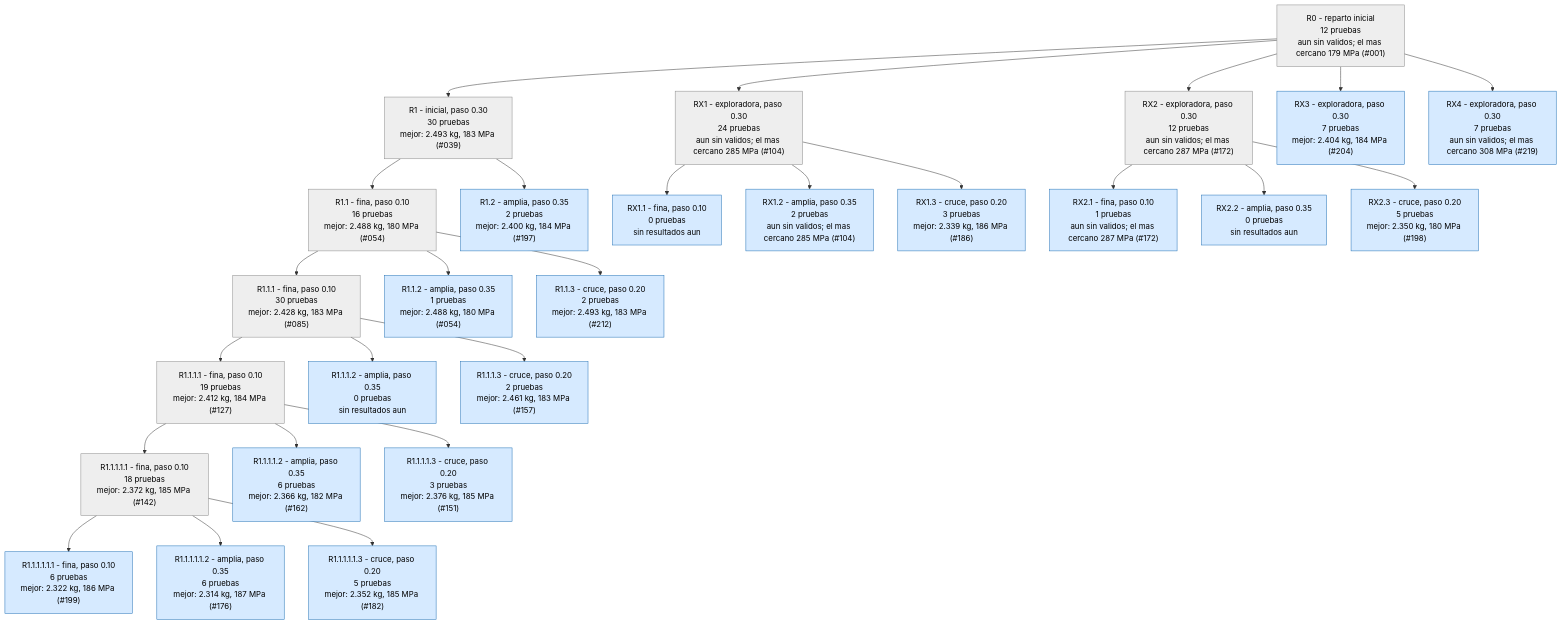
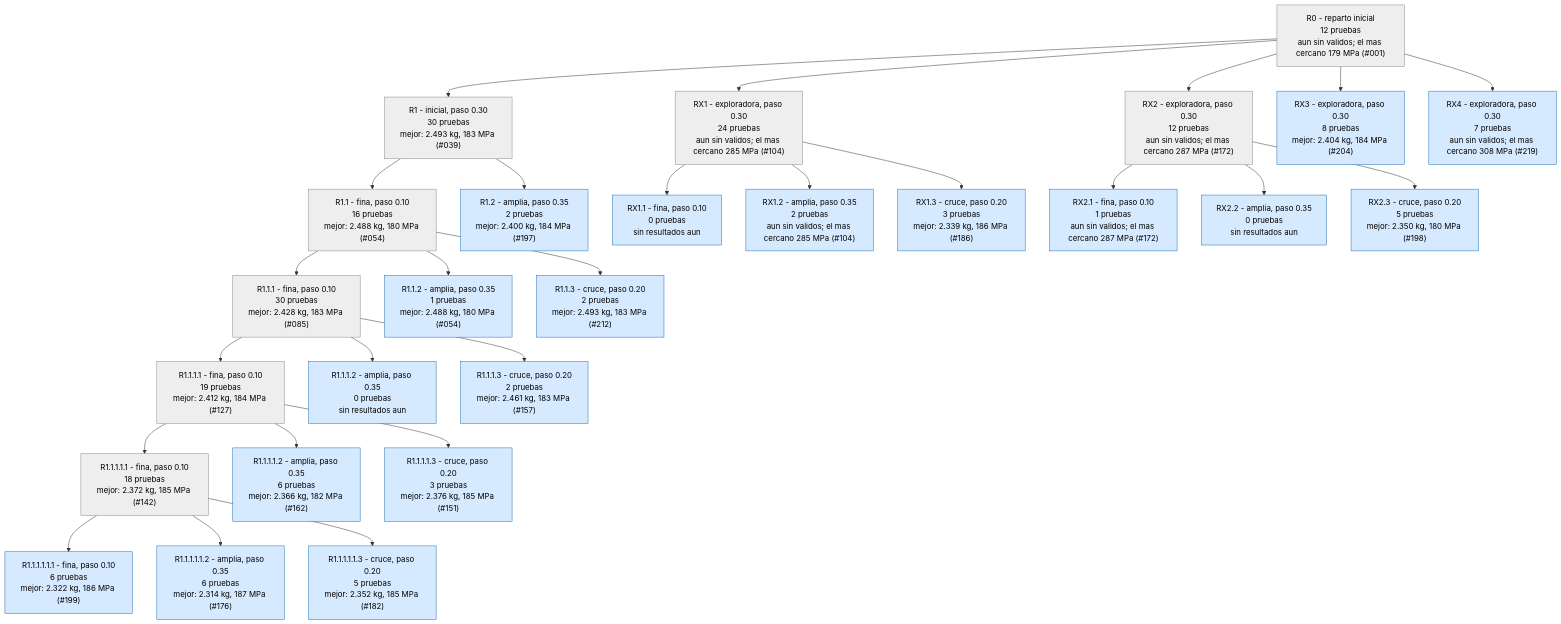
Before and after one commit to Hugiko/msd-soporte-optimizacion: the second of 4 diagrams in runs/opt_37800N/ARBOL.md, drawn with Mermaid. The commit also changed 20 other files, not shown here.

````diff
--- a/runs/opt_37800N/ARBOL.md
+++ b/runs/opt_37800N/ARBOL.md
@@ -53,57 +53,57 @@
 ```mermaid
 graph TD
 classDef activa fill:#d6eaff,stroke:#1f6fb5,color:#000
 classDef fin fill:#eeeeee,stroke:#888,color:#000
 classDef mejor fill:#c8f0c0,stroke:#1a9850,stroke-width:4px,color:#000
 R0["R0 - reparto inicial<br/>12 pruebas<br/>aun sin validos; el mas cercano 179 MPa (#001)"]:::fin
 R1["R1 - inicial, paso 0.30<br/>30 pruebas<br/>mejor: 2.493 kg, 183 MPa (#039)"]:::fin
 R0 --> R1
 R1_1["R1.1 - fina, paso 0.10<br/>16 pruebas<br/>mejor: 2.488 kg, 180 MPa (#054)"]:::fin
 R1 --> R1_1
 R1_2["R1.2 - amplia, paso 0.35<br/>2 pruebas<br/>mejor: 2.400 kg, 184 MPa (#197)"]:::activa
 R1 --> R1_2
 R1_1_1["R1.1.1 - fina, paso 0.10<br/>30 pruebas<br/>mejor: 2.428 kg, 183 MPa (#085)"]:::fin
 R1_1 --> R1_1_1
 R1_1_2["R1.1.2 - amplia, paso 0.35<br/>1 pruebas<br/>mejor: 2.488 kg, 180 MPa (#054)"]:::activa
 R1_1 --> R1_1_2
 R1_1_3["R1.1.3 - cruce, paso 0.20<br/>2 pruebas<br/>mejor: 2.493 kg, 183 MPa (#212)"]:::activa
 R1_1 --> R1_1_3
 R1_1_1_1["R1.1.1.1 - fina, paso 0.10<br/>19 pruebas<br/>mejor: 2.412 kg, 184 MPa (#127)"]:::fin
 R1_1_1 --> R1_1_1_1
 R1_1_1_2["R1.1.1.2 - amplia, paso 0.35<br/>0 pruebas<br/>sin resultados aun"]:::activa
 R1_1_1 --> R1_1_1_2
 R1_1_1_3["R1.1.1.3 - cruce, paso 0.20<br/>2 pruebas<br/>mejor: 2.461 kg, 183 MPa (#157)"]:::activa
 R1_1_1 --> R1_1_1_3
 RX1["RX1 - exploradora, paso 0.30<br/>24 pruebas<br/>aun sin validos; el mas cercano 285 MPa (#104)"]:::fin
 R0 --> RX1
 RX1_1["RX1.1 - fina, paso 0.10<br/>0 pruebas<br/>sin resultados aun"]:::activa
 RX1 --> RX1_1
 RX1_2["RX1.2 - amplia, paso 0.35<br/>2 pruebas<br/>aun sin validos; el mas cercano 285 MPa (#104)"]:::activa
 RX1 --> RX1_2
 RX1_3["RX1.3 - cruce, paso 0.20<br/>3 pruebas<br/>mejor: 2.339 kg, 186 MPa (#186)"]:::activa
 RX1 --> RX1_3
 R1_1_1_1_1["R1.1.1.1.1 - fina, paso 0.10<br/>18 pruebas<br/>mejor: 2.372 kg, 185 MPa (#142)"]:::fin
 R1_1_1_1 --> R1_1_1_1_1
 R1_1_1_1_2["R1.1.1.1.2 - amplia, paso 0.35<br/>6 pruebas<br/>mejor: 2.366 kg, 182 MPa (#162)"]:::activa
 R1_1_1_1 --> R1_1_1_1_2
 R1_1_1_1_3["R1.1.1.1.3 - cruce, paso 0.20<br/>3 pruebas<br/>mejor: 2.376 kg, 185 MPa (#151)"]:::activa
 R1_1_1_1 --> R1_1_1_1_3
 R1_1_1_1_1_1["R1.1.1.1.1.1 - fina, paso 0.10<br/>6 pruebas<br/>mejor: 2.322 kg, 186 MPa (#199)"]:::activa
 R1_1_1_1_1 --> R1_1_1_1_1_1
 R1_1_1_1_1_2["R1.1.1.1.1.2 - amplia, paso 0.35<br/>6 pruebas<br/>mejor: 2.314 kg, 187 MPa (#176)"]:::activa
 R1_1_1_1_1 --> R1_1_1_1_1_2
 R1_1_1_1_1_3["R1.1.1.1.1.3 - cruce, paso 0.20<br/>5 pruebas<br/>mejor: 2.352 kg, 185 MPa (#182)"]:::activa
 R1_1_1_1_1 --> R1_1_1_1_1_3
 RX2["RX2 - exploradora, paso 0.30<br/>12 pruebas<br/>aun sin validos; el mas cercano 287 MPa (#172)"]:::fin
 R0 --> RX2
 RX2_1["RX2.1 - fina, paso 0.10<br/>1 pruebas<br/>aun sin validos; el mas cercano 287 MPa (#172)"]:::activa
 RX2 --> RX2_1
 RX2_2["RX2.2 - amplia, paso 0.35<br/>0 pruebas<br/>sin resultados aun"]:::activa
 RX2 --> RX2_2
 RX2_3["RX2.3 - cruce, paso 0.20<br/>5 pruebas<br/>mejor: 2.350 kg, 180 MPa (#198)"]:::activa
 RX2 --> RX2_3
-RX3["RX3 - exploradora, paso 0.30<br/>7 pruebas<br/>mejor: 2.404 kg, 184 MPa (#204)"]:::activa
+RX3["RX3 - exploradora, paso 0.30<br/>8 pruebas<br/>mejor: 2.404 kg, 184 MPa (#204)"]:::activa
 R0 --> RX3
 RX4["RX4 - exploradora, paso 0.30<br/>7 pruebas<br/>aun sin validos; el mas cercano 308 MPa (#219)"]:::activa
 R0 --> RX4
 ```
````
